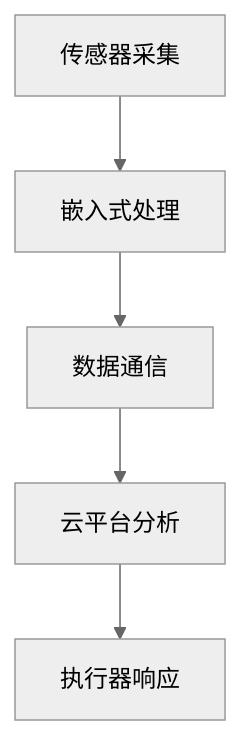
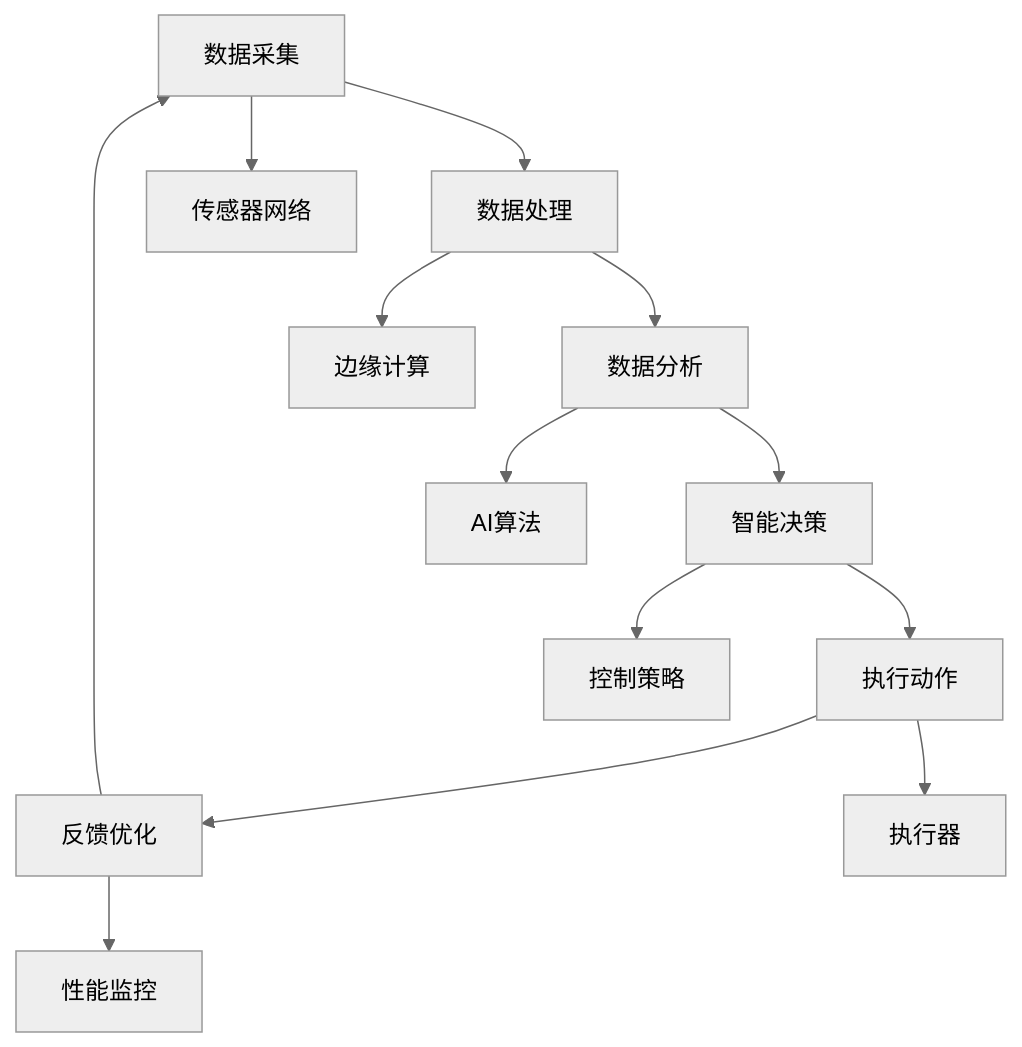
One commit to AdaMartin18010/SystemOSIOT changed the fifth of 6 diagrams in 3.物联网嵌入式系统/3.1 知识梳理/3.1.5 相关案例.md. Above: the diagram before and after it, drawn with Mermaid (neutral theme). The commit also changed other lines of this file and 118 other files, not shown here.

````diff
--- a/3.物联网嵌入式系统/3.1 知识梳理/3.1.5 相关案例.md
+++ b/3.物联网嵌入式系统/3.1 知识梳理/3.1.5 相关案例.md
@@ -37,4 +426,16 @@
 ```mermaid
-graph TD;
-  Start[传感器采集] --> Proc[嵌入式处理] --> Comm[数据通信] --> Cloud[云平台分析] --> Action[执行器响应];
+graph TD
+    Start[数据采集] --> Process[数据处理]
+    Process --> Analyze[数据分析]
+    Analyze --> Decision[智能决策]
+    Decision --> Action[执行动作]
+    Action --> Feedback[反馈优化]
+    Feedback --> Start
+    
+    Start --> S1[传感器网络]
+    Process --> P1[边缘计算]
+    Analyze --> A1[AI算法]
+    Decision --> D1[控制策略]
+    Action --> AC1[执行器]
+    Feedback --> F1[性能监控]
 ```
````
